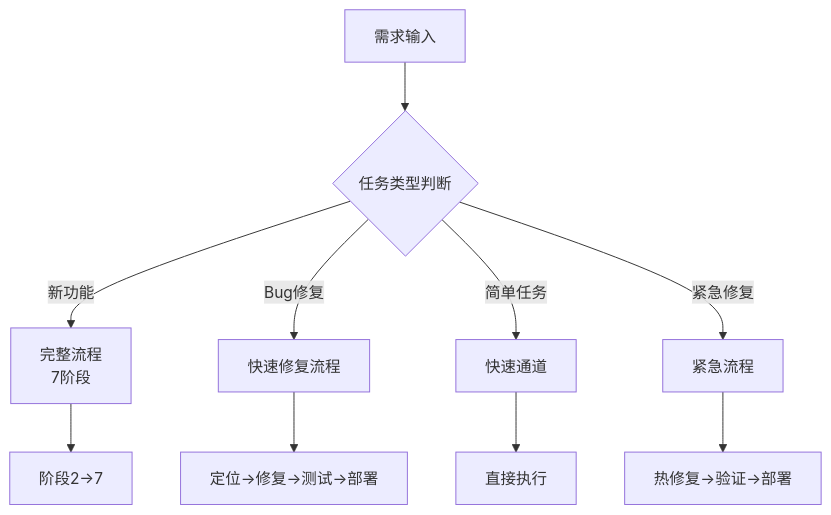
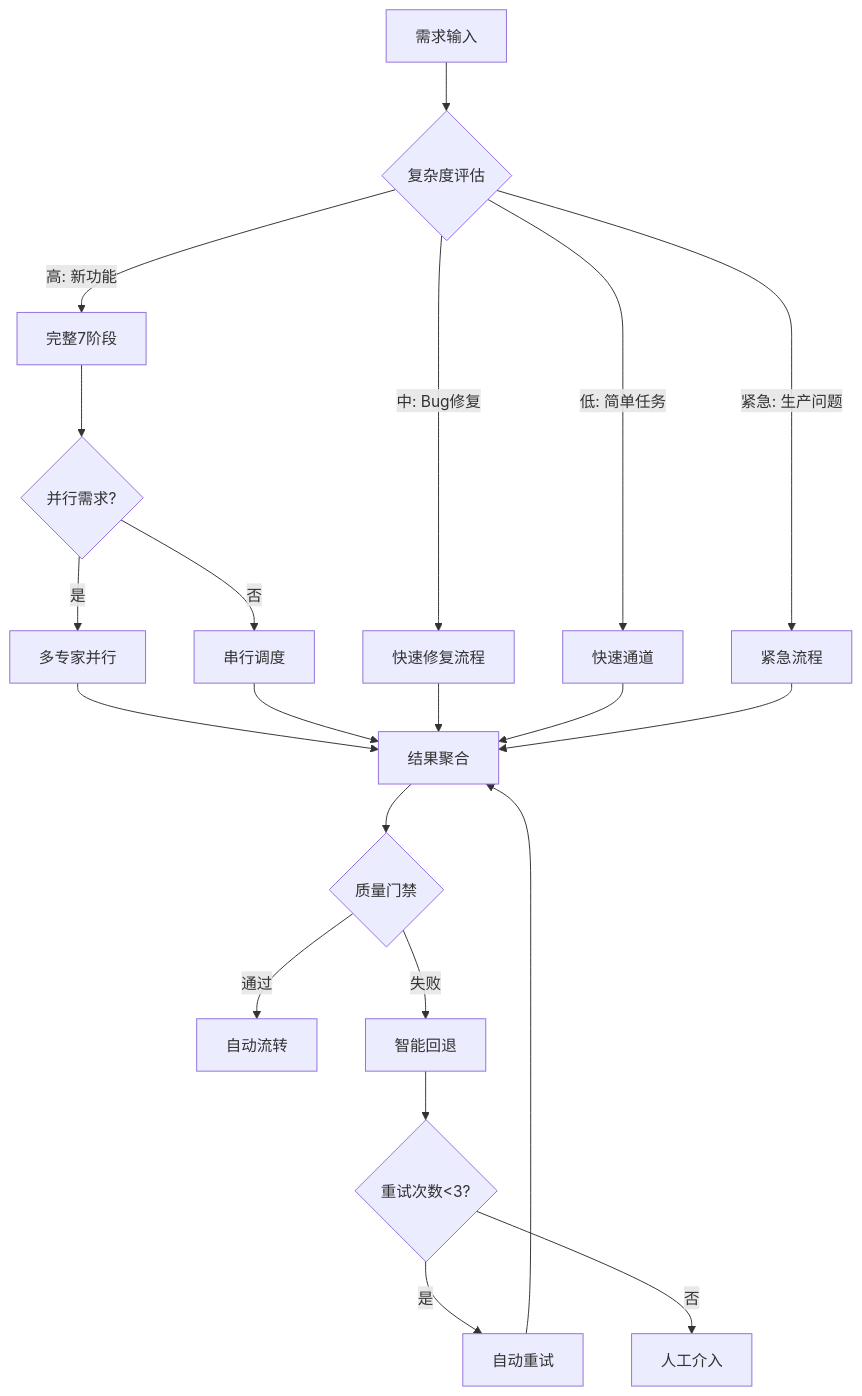
Before and after one commit to Tooooommy/Trae-Workflow: the first of 5 diagrams in skills/orchestrator-expert/SKILL.md, drawn with Mermaid. The commit also changed other lines of this file, not shown here.

````diff
--- a/skills/orchestrator-expert/SKILL.md
+++ b/skills/orchestrator-expert/SKILL.md
@@ -49,13 +47,25 @@
 ```mermaid
 flowchart TD
-    A[需求输入] --> B{任务类型判断}
-    B -->|新功能| C[完整流程<br/>7阶段]
-    B -->|Bug修复| D[快速修复流程]
-    B -->|简单任务| E[快速通道]
-    B -->|紧急修复| F[紧急流程]
+    A[需求输入] --> B{复杂度评估}
+    B -->|高: 新功能| C[完整7阶段]
+    B -->|中: Bug修复| D[快速修复流程]
+    B -->|低: 简单任务| E[快速通道]
+    B -->|紧急: 生产问题| F[紧急流程]
 
-    C --> G[阶段2→7]
-    D --> H[定位→修复→测试→部署]
-    E --> I[直接执行]
-    F --> J[热修复→验证→部署]
+    C --> G{并行需求?}
+    G -->|是| H[多专家并行]
+    G -->|否| I[串行调度]
+    H --> J[结果聚合]
+    I --> J
+    D --> J
+    E --> J
+    F --> J
+
+    J --> K{质量门禁}
+    K -->|通过| L[自动流转]
+    K -->|失败| M[智能回退]
+    M --> N{重试次数<3?}
+    N -->|是| O[自动重试]
+    N -->|否| P[人工介入]
+    O --> J
 ```
````
